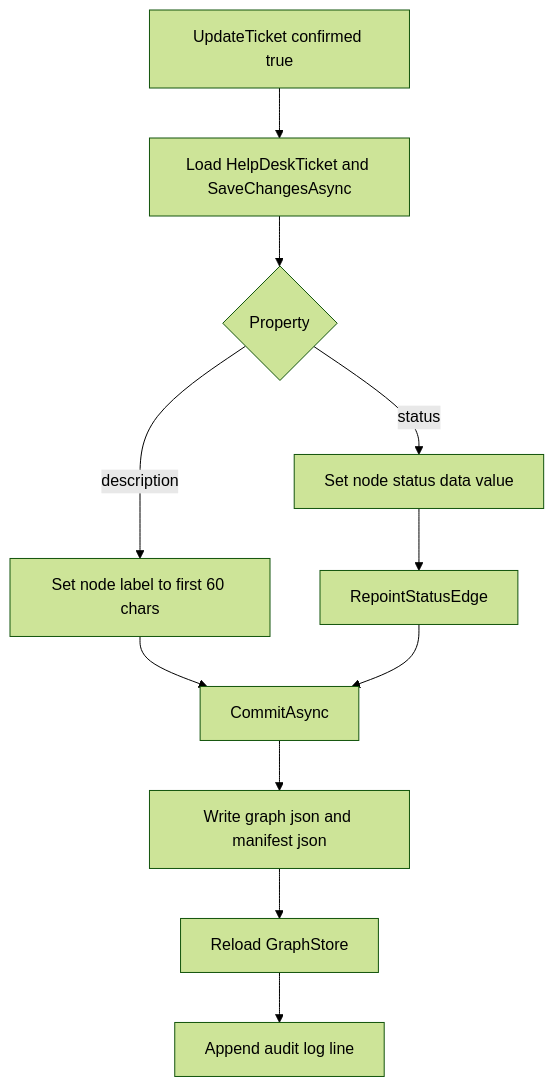
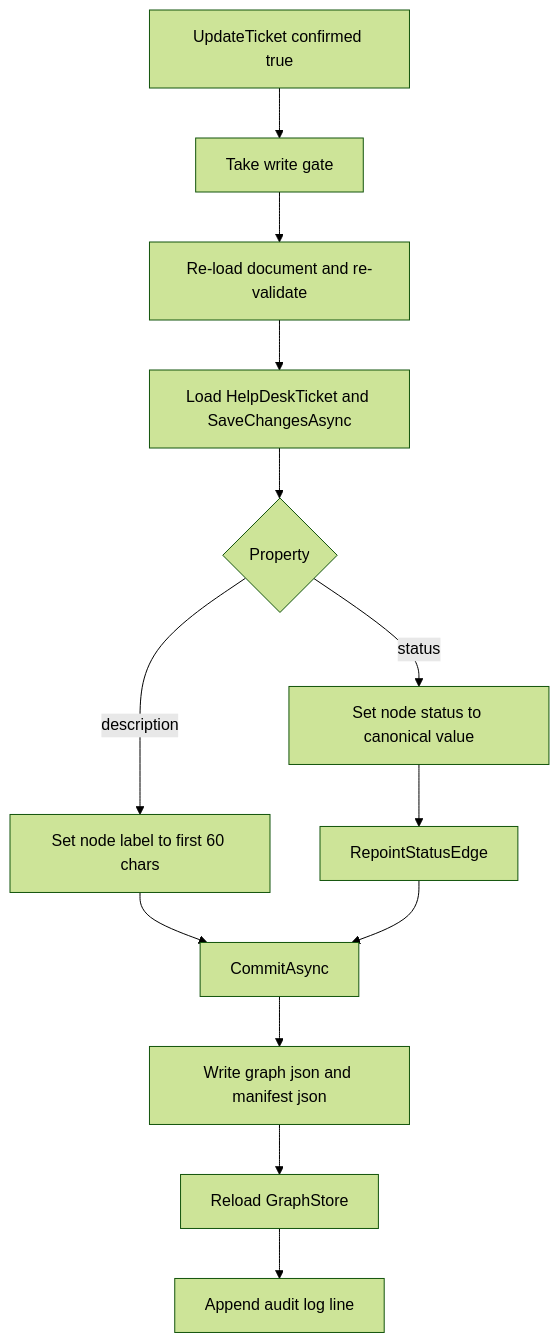
Before and after one commit to ADefWebserver/Syncfusion-Lightweight-Knowledge-Graphs-Succinctly: the second of 3 diagrams in docs/04-graph-chat-with-mutations.md, drawn with Mermaid (forest theme). The commit also changed other lines of this file and 1 other file, not shown here.

````diff
--- a/docs/04-graph-chat-with-mutations.md
+++ b/docs/04-graph-chat-with-mutations.md
@@ -159,13 +215,15 @@
 ```mermaid
 flowchart TD
-    Start[UpdateTicket confirmed true] --> Sql[Load HelpDeskTicket and SaveChangesAsync]
+    Start[UpdateTicket confirmed true] --> Lock[Take write gate]
+    Lock --> Reload[Re-load document and re-validate]
+    Reload --> Sql[Load HelpDeskTicket and SaveChangesAsync]
     Sql --> Which{Property}
     Which -- description --> Label[Set node label to first 60 chars]
-    Which -- status --> Data[Set node status data value]
+    Which -- status --> Data[Set node status to canonical value]
     Data --> Repoint[RepointStatusEdge]
     Label --> Commit[CommitAsync]
     Repoint --> Commit
     Commit --> Files[Write graph json and manifest json]
-    Files --> Reload[Reload GraphStore]
-    Reload --> Audit[Append audit log line]
+    Files --> Store[Reload GraphStore]
+    Store --> Audit[Append audit log line]
 ```
````
